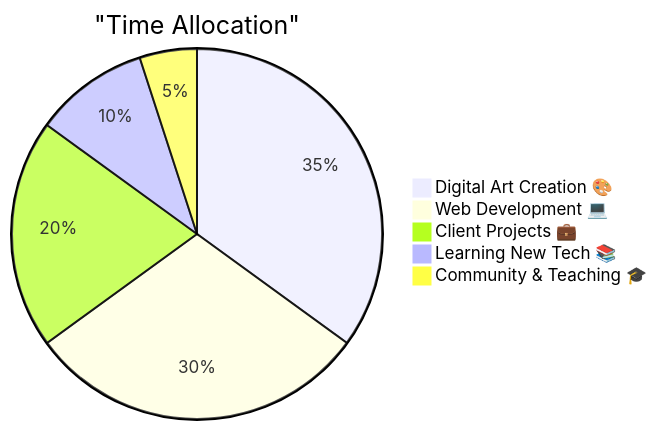
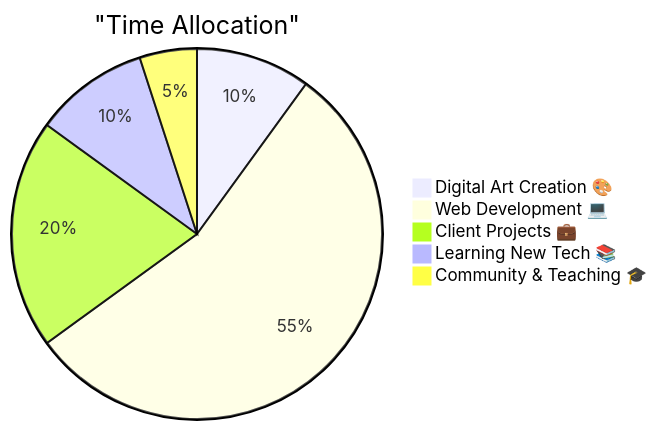
The diagram in README.md (galeri-coder/galeri-coder), drawn with Mermaid before and after one commit. The commit also changed other lines of this file, not shown here.

````diff
--- a/README.md
+++ b/README.md
@@ -160,8 +154,8 @@
 ```mermaid
 pie title "Time Allocation"
-    "Digital Art Creation 🎨" : 35
-    "Web Development 💻" : 30
+    "Digital Art Creation 🎨" : 10
+    "Web Development 💻" : 55
     "Client Projects 💼" : 20
     "Learning New Tech 📚" : 10
     "Community & Teaching 🎓" : 5
 ```
````
